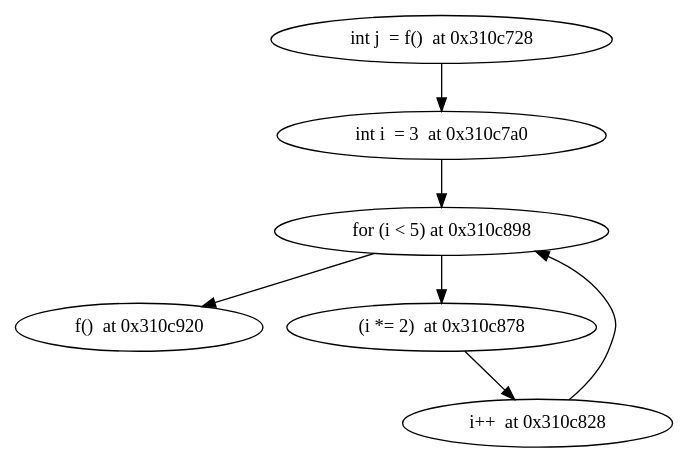
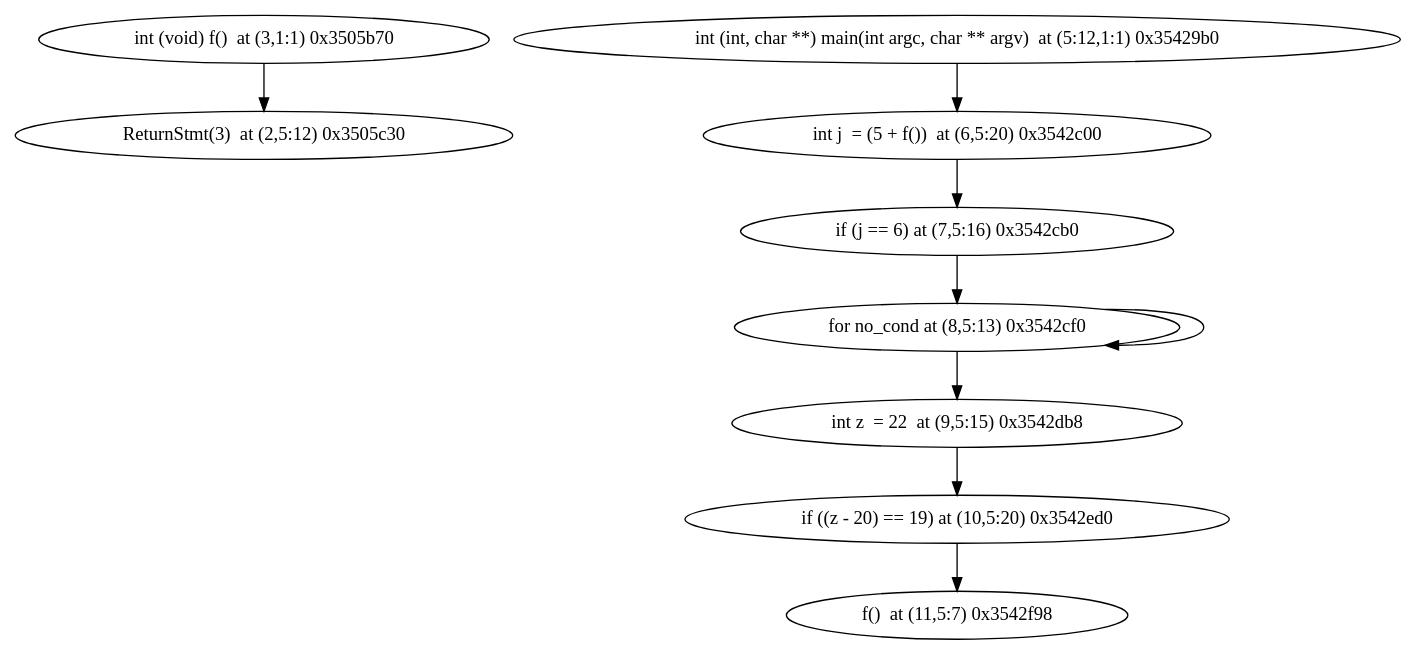
Before and after one commit to jxw1102/Projet-merou: the diagram in ModelChecker/unitary_tests/for/test.dot, drawn with Graphviz. The commit also changed 15 other files, not shown here.

```diff
--- a/ModelChecker/unitary_tests/for/test.dot
+++ b/ModelChecker/unitary_tests/for/test.dot
@@ -1,8 +1,12 @@
 digraph {
-"int j  = f()  at 0x310c728 " -> "int i  = 3  at 0x310c7a0 "
-"int i  = 3  at 0x310c7a0 " -> "for (i < 5) at 0x310c898 "
-"for (i < 5) at 0x310c898 " -> "f()  at 0x310c920 "
-"for (i < 5) at 0x310c898 " -> "(i *= 2)  at 0x310c878 "
-"(i *= 2)  at 0x310c878 " -> "i++  at 0x310c828 "
-"i++  at 0x310c828 " -> "for (i < 5) at 0x310c898 "
+"int (void) f()  at (3,1:1) 0x3505b70" -> "ReturnStmt(3)  at (2,5:12) 0x3505c30"
+"ReturnStmt(3)  at (2,5:12) 0x3505c30"
+"int (int, char **) main(int argc, char ** argv)  at (5:12,1:1) 0x35429b0" -> "int j  = (5 + f())  at (6,5:20) 0x3542c00"
+"int j  = (5 + f())  at (6,5:20) 0x3542c00" -> "if (j == 6) at (7,5:16) 0x3542cb0"
+"if (j == 6) at (7,5:16) 0x3542cb0" -> "for no_cond at (8,5:13) 0x3542cf0"
+"for no_cond at (8,5:13) 0x3542cf0" -> "for no_cond at (8,5:13) 0x3542cf0"
+"for no_cond at (8,5:13) 0x3542cf0" -> "int z  = 22  at (9,5:15) 0x3542db8"
+"int z  = 22  at (9,5:15) 0x3542db8" -> "if ((z - 20) == 19) at (10,5:20) 0x3542ed0"
+"if ((z - 20) == 19) at (10,5:20) 0x3542ed0" -> "f()  at (11,5:7) 0x3542f98"
+"f()  at (11,5:7) 0x3542f98"
 }
```
